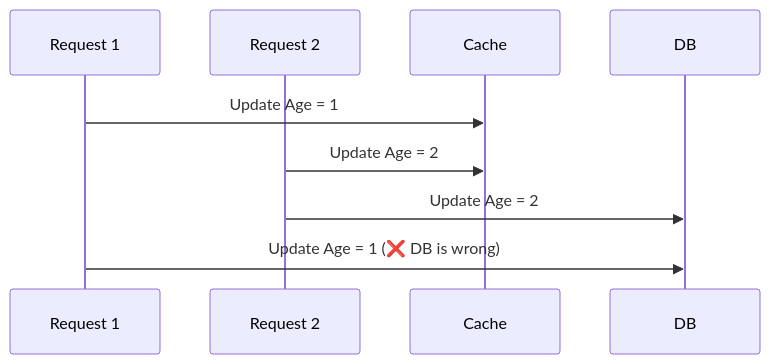
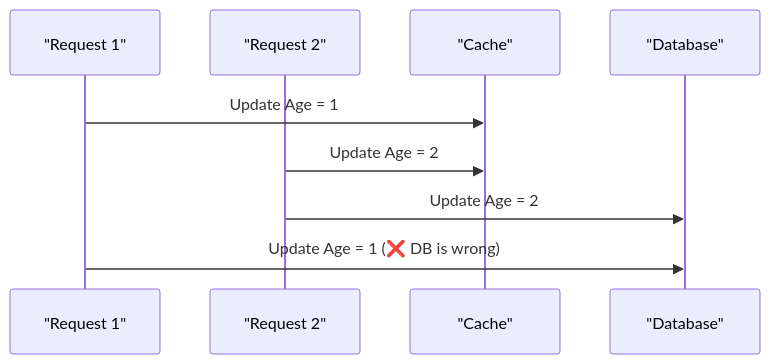
The eighth of 17 diagrams in caching-design/README.md (daoductam/advanced-backend-docs), drawn with Mermaid before and after one commit. The commit also changed other lines of this file and 1 other file, not shown here.

Commit message:
fix: remaining mermaid diagram parse errors

````diff
--- a/caching-design/README.md
+++ b/caching-design/README.md
@@ -355,12 +355,12 @@
 ```mermaid
 sequenceDiagram
-    participant R1 as Request 1
-    participant R2 as Request 2
-    participant Cache as Cache
-    participant DB as DB
+    participant R1 as "Request 1"
+    participant R2 as "Request 2"
+    participant Cache as "Cache"
+    participant DB as "Database"
     
     R1->>Cache: Update Age = 1
     R2->>Cache: Update Age = 2
     R2->>DB: Update Age = 2
     R1->>DB: Update Age = 1 (❌ DB is wrong)
 ```
````
